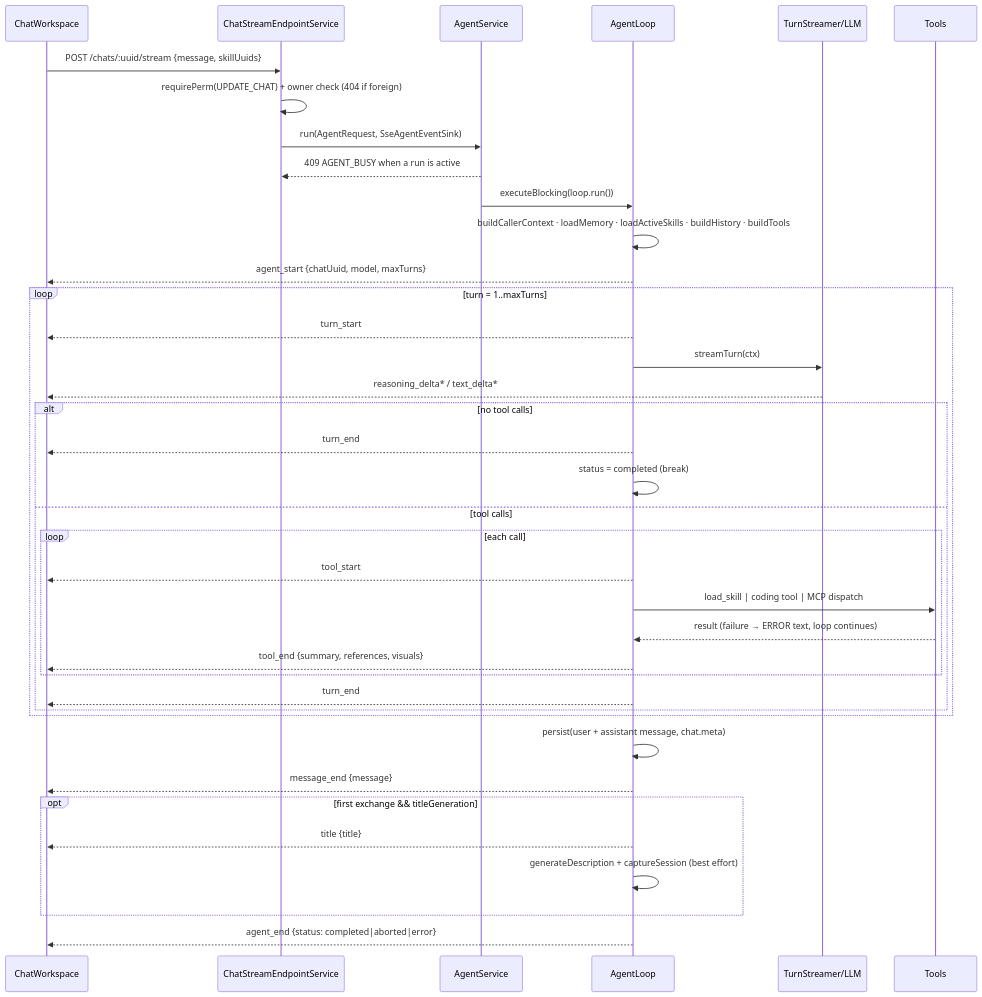
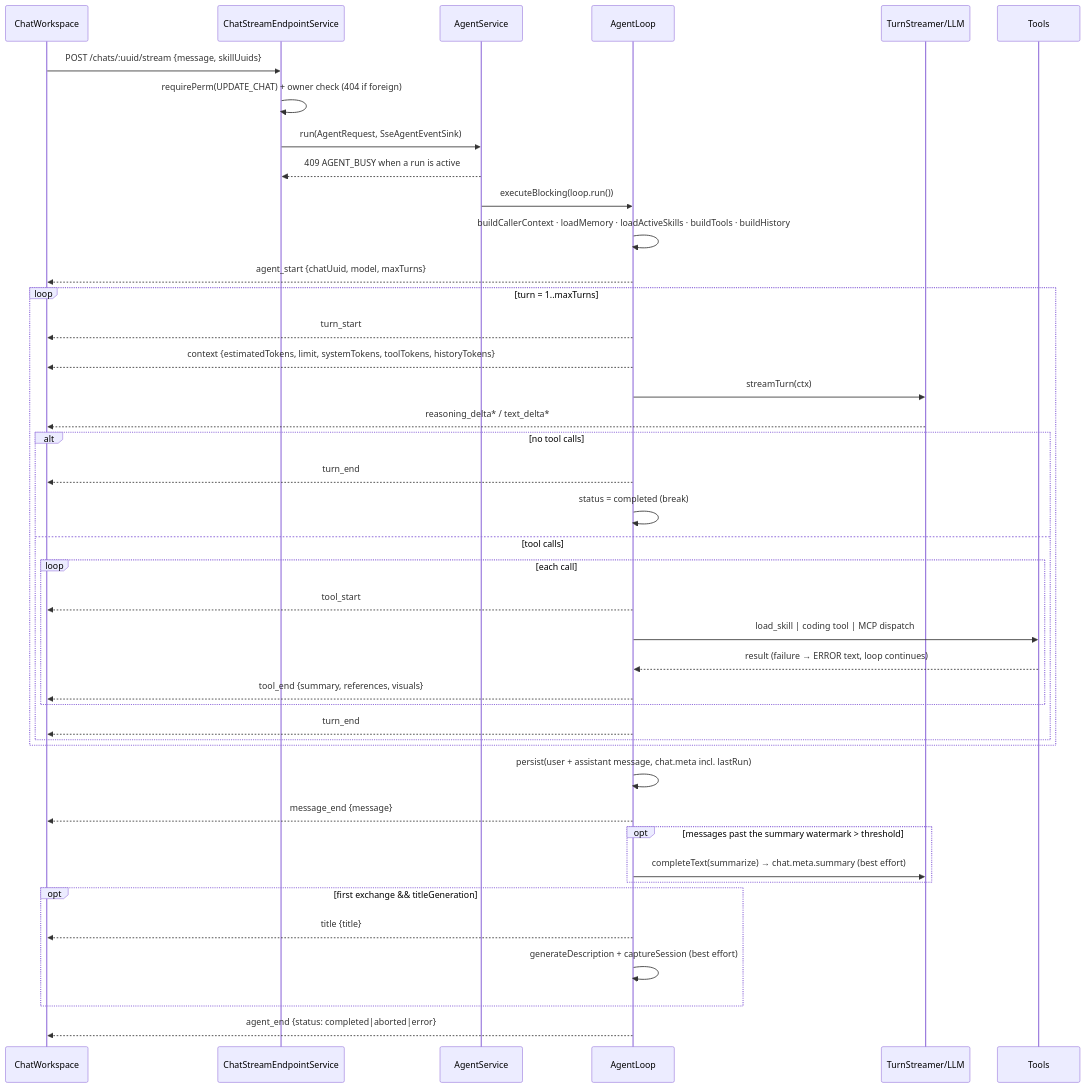
One commit to metaloom/metaloom changed the second of 2 diagrams in spec/chat/LOOM_UI_CHAT.md. Above: the diagram before and after it, drawn with Mermaid. The commit also changed other lines of this file and 125 other files, not shown here.

````diff
--- a/spec/chat/LOOM_UI_CHAT.md
+++ b/spec/chat/LOOM_UI_CHAT.md
@@ -100,41 +108,45 @@
 ```mermaid
 sequenceDiagram
     participant UI as ChatWorkspace
     participant EP as ChatStreamEndpointService
     participant AS as AgentService
     participant AL as AgentLoop
     participant LLM as TurnStreamer/LLM
     participant T as Tools
 
     UI->>EP: POST /chats/:uuid/stream {message, skillUuids}
     EP->>EP: requirePerm(UPDATE_CHAT) + owner check (404 if foreign)
     EP->>AS: run(AgentRequest, SseAgentEventSink)
     AS-->>EP: 409 AGENT_BUSY when a run is active
     AS->>AL: executeBlocking(loop.run())
-    AL->>AL: buildCallerContext · loadMemory · loadActiveSkills · buildHistory · buildTools
+    AL->>AL: buildCallerContext · loadMemory · loadActiveSkills · buildTools · buildHistory
     AL-->>UI: agent_start {chatUuid, model, maxTurns}
     loop turn = 1..maxTurns
         AL-->>UI: turn_start
+        AL-->>UI: context {estimatedTokens, limit, systemTokens, toolTokens, historyTokens}
         AL->>LLM: streamTurn(ctx)
         LLM-->>UI: reasoning_delta* / text_delta*
         alt no tool calls
             AL-->>UI: turn_end
             AL->>AL: status = completed (break)
         else tool calls
             loop each call
                 AL-->>UI: tool_start
                 AL->>T: load_skill | coding tool | MCP dispatch
                 T-->>AL: result (failure → ERROR text, loop continues)
                 AL-->>UI: tool_end {summary, references, visuals}
             end
             AL-->>UI: turn_end
         end
     end
-    AL->>AL: persist(user + assistant message, chat.meta)
+    AL->>AL: persist(user + assistant message, chat.meta incl. lastRun)
     AL-->>UI: message_end {message}
+    opt messages past the summary watermark > threshold
+        AL->>LLM: completeText(summarize) → chat.meta.summary (best effort)
+    end
     opt first exchange && titleGeneration
         AL-->>UI: title {title}
         AL->>AL: generateDescription + captureSession (best effort)
     end
     AL-->>UI: agent_end {status: completed|aborted|error}
 ```
````
